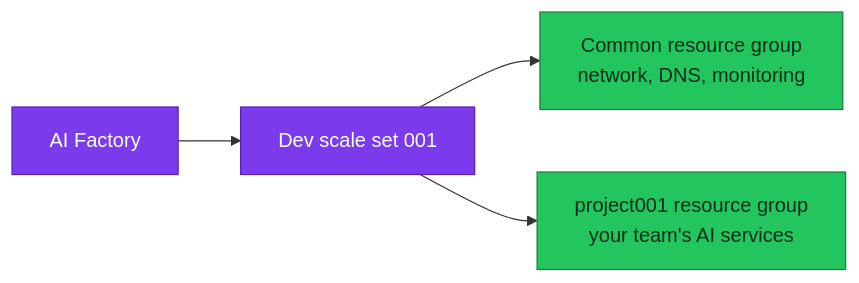
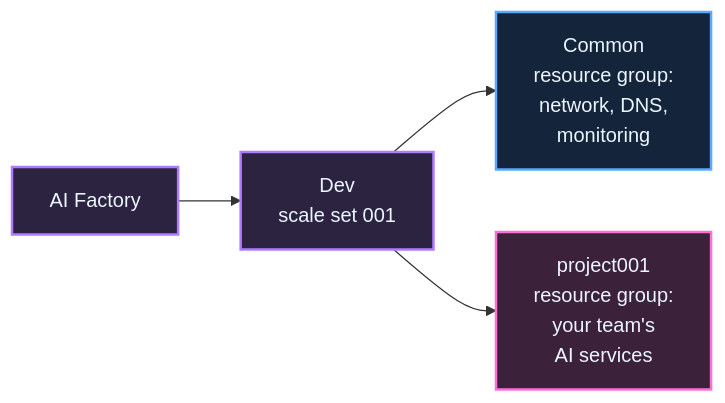
Before and after one commit to jostrm/azure-enterprise-scale-ml: the diagram in documentation/v2/quickstarts/02-create-factory.md, drawn with Mermaid. The commit also changed other lines of this file and 13 other files, not shown here.

First line of the commit message:
docs: four ways to describe the Factory, Back links, onion-colored diagrams

````diff
--- a/documentation/v2/quickstarts/02-create-factory.md
+++ b/documentation/v2/quickstarts/02-create-factory.md
@@ -21,8 +21,9 @@
 ```mermaid
 flowchart LR
-  F[AI Factory]:::factory --> S[Dev scale set 001]:::factory
-  S --> C[Common resource group<br/>network, DNS, monitoring]:::good
-  S --> P[project001 resource group<br/>your team's AI services]:::good
-  classDef factory fill:#7c3aed,stroke:#5b21b6,color:#ffffff
-  classDef good fill:#22c55e,stroke:#15803d,color:#052e16
+  F[AI Factory]:::purple --> S[Dev<br/>scale set 001]:::purple
+  S --> C[Common<br/>resource group:<br/>network, DNS,<br/>monitoring]:::blue
+  S --> P[project001<br/>resource group:<br/>your team's<br/>AI services]:::pink
+  classDef blue fill:#14243A,stroke:#5AA9FF,stroke-width:2px,color:#ECF6FF
+  classDef purple fill:#2C2341,stroke:#B07CFF,stroke-width:2px,color:#ECF6FF
+  classDef pink fill:#3C213A,stroke:#FF6FD8,stroke-width:2px,color:#ECF6FF
 ```
````
